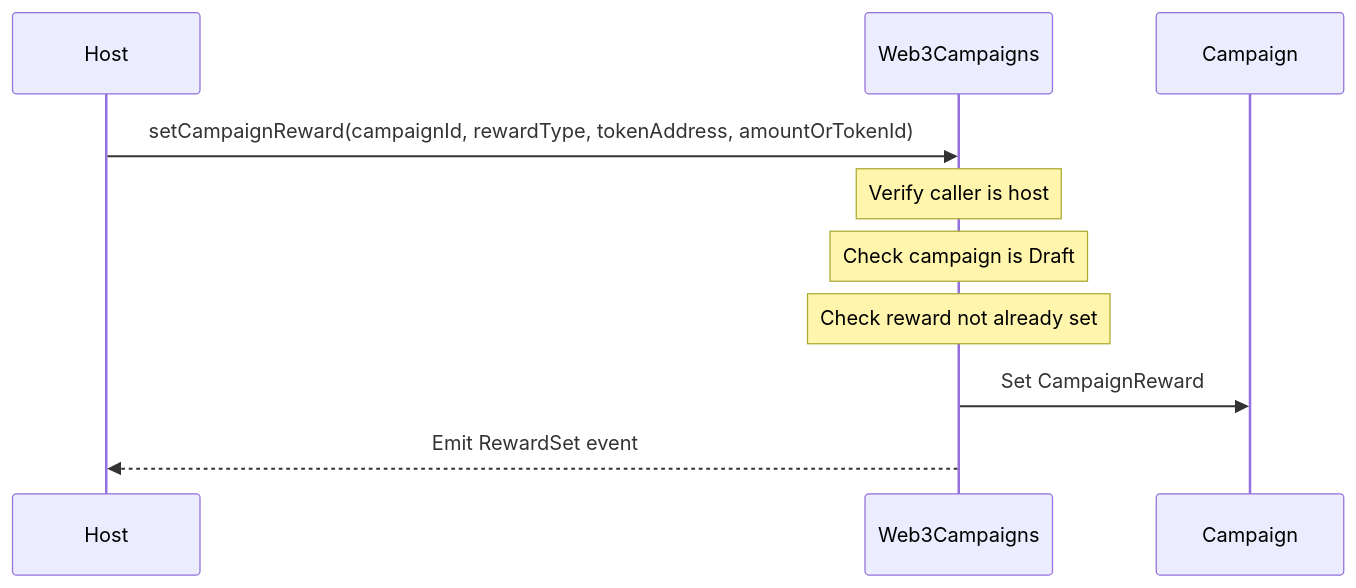
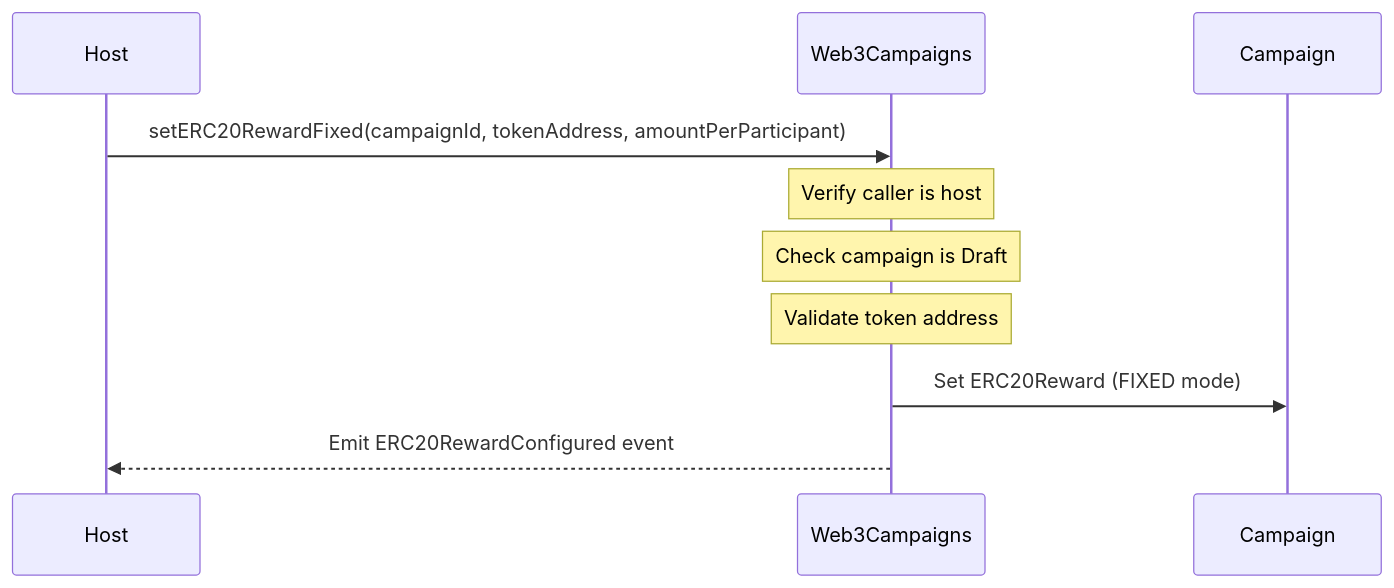
Before and after one commit to DheerajShrivastav/Dapp-Drop-Smart-Contract: the sixth of 15 diagrams in CAMPAIGN_WORKFLOW.md, drawn with Mermaid. The commit also changed other lines of this file, not shown here.

Commit message:
docs: update CAMPAIGN_WORKFLOW with flexible reward system documentation

````diff
--- a/CAMPAIGN_WORKFLOW.md
+++ b/CAMPAIGN_WORKFLOW.md
@@ -190,15 +194,15 @@
 ```mermaid
 sequenceDiagram
     participant Host
     participant Contract as Web3Campaigns
     participant Campaign
 
-    Host->>Contract: setCampaignReward(campaignId, rewardType, tokenAddress, amountOrTokenId)
+    Host->>Contract: setERC20RewardFixed(campaignId, tokenAddress, amountPerParticipant)
     
     Note over Contract: Verify caller is host
     Note over Contract: Check campaign is Draft
-    Note over Contract: Check reward not already set
+    Note over Contract: Validate token address
     
-    Contract->>Campaign: Set CampaignReward
-    Contract-->>Host: Emit RewardSet event
+    Contract->>Campaign: Set ERC20Reward (FIXED mode)
+    Contract-->>Host: Emit ERC20RewardConfigured event
 ```
````
